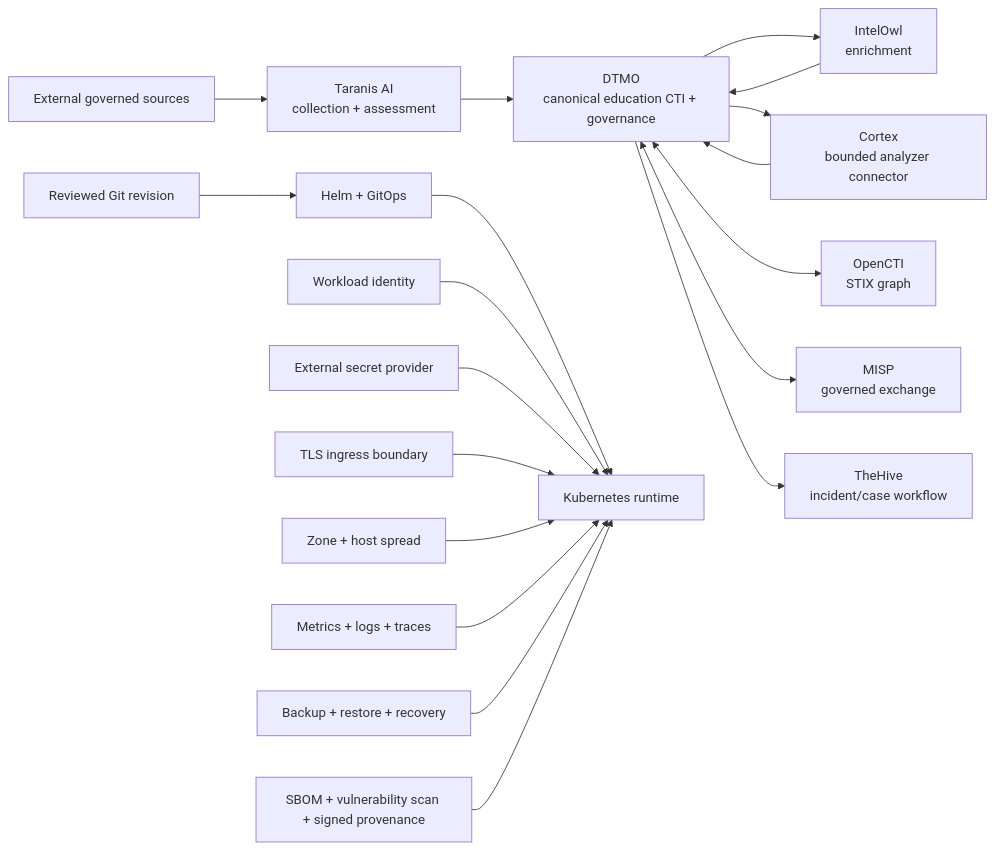
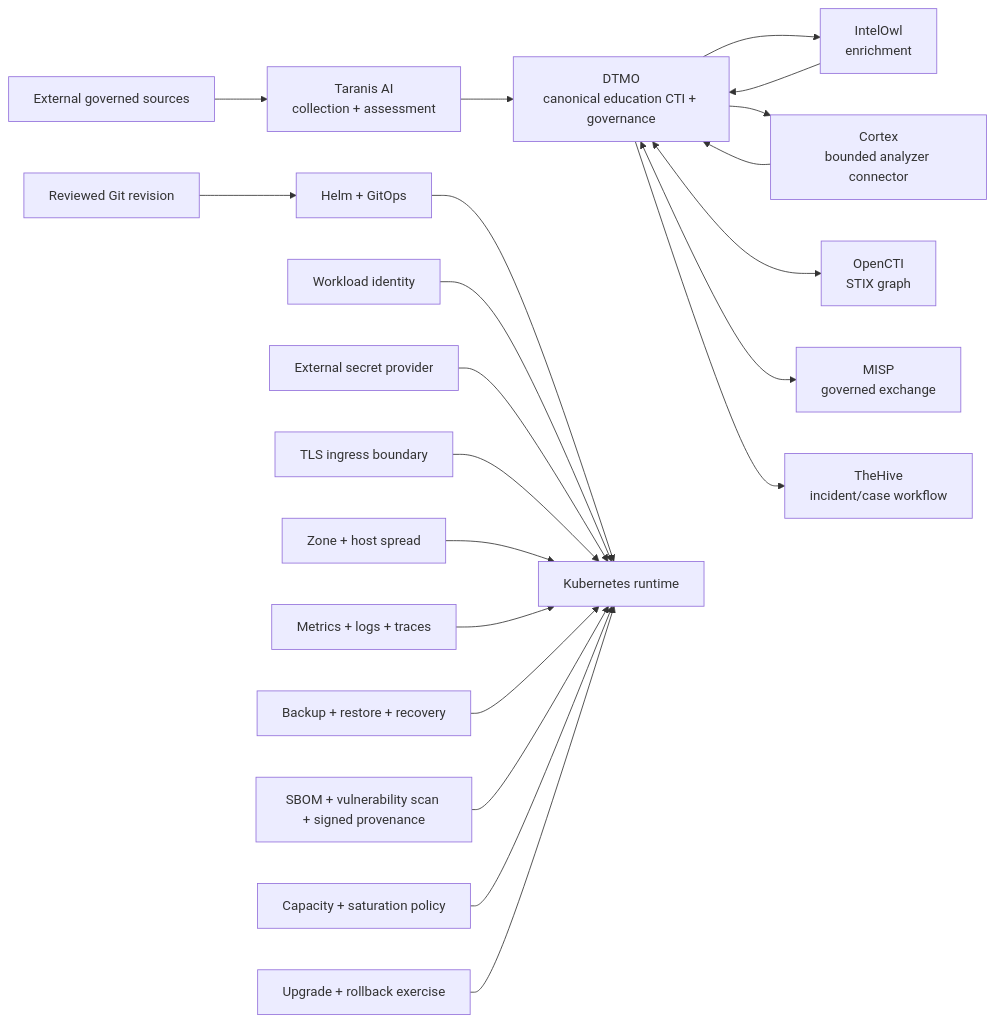
One commit to GJvManen/dtmo changed the diagram in docs/roadmap/PLATFORM_INDUSTRIALISATION_ROADMAP.md. Above: the diagram before and after it, drawn with Mermaid. The commit also changed other lines of this file, not shown here.

Commit message:
docs: advance roadmap to phase11.8i

````diff
--- a/docs/roadmap/PLATFORM_INDUSTRIALISATION_ROADMAP.md
+++ b/docs/roadmap/PLATFORM_INDUSTRIALISATION_ROADMAP.md
@@ -14,21 +14,23 @@
 ```mermaid
 flowchart LR
     EXT[External governed sources] --> TAR[Taranis AI\ncollection + assessment]
     TAR --> DTMO[DTMO\ncanonical education CTI + governance]
     DTMO --> OWL[IntelOwl\nenrichment]
     OWL --> DTMO
     DTMO --> CTX[Cortex\nbounded analyzer connector]
     CTX --> DTMO
     DTMO <--> OCTI[OpenCTI\nSTIX graph]
     DTMO <--> MISP[MISP\ngoverned exchange]
     DTMO --> HIVE[TheHive\nincident/case workflow]
     GIT[Reviewed Git revision] --> HELM[Helm + GitOps]
     HELM --> K8S[Kubernetes runtime]
     IAM[Workload identity] --> K8S
     SEC[External secret provider] --> K8S
     TLS[TLS ingress boundary] --> K8S
     HA[Zone + host spread] --> K8S
     OBS[Metrics + logs + traces] --> K8S
     REC[Backup + restore + recovery] --> K8S
     SC[SBOM + vulnerability scan + signed provenance] --> K8S
+    CAP[Capacity + saturation policy] --> K8S
+    UR[Upgrade + rollback exercise] --> K8S
 ```
````
